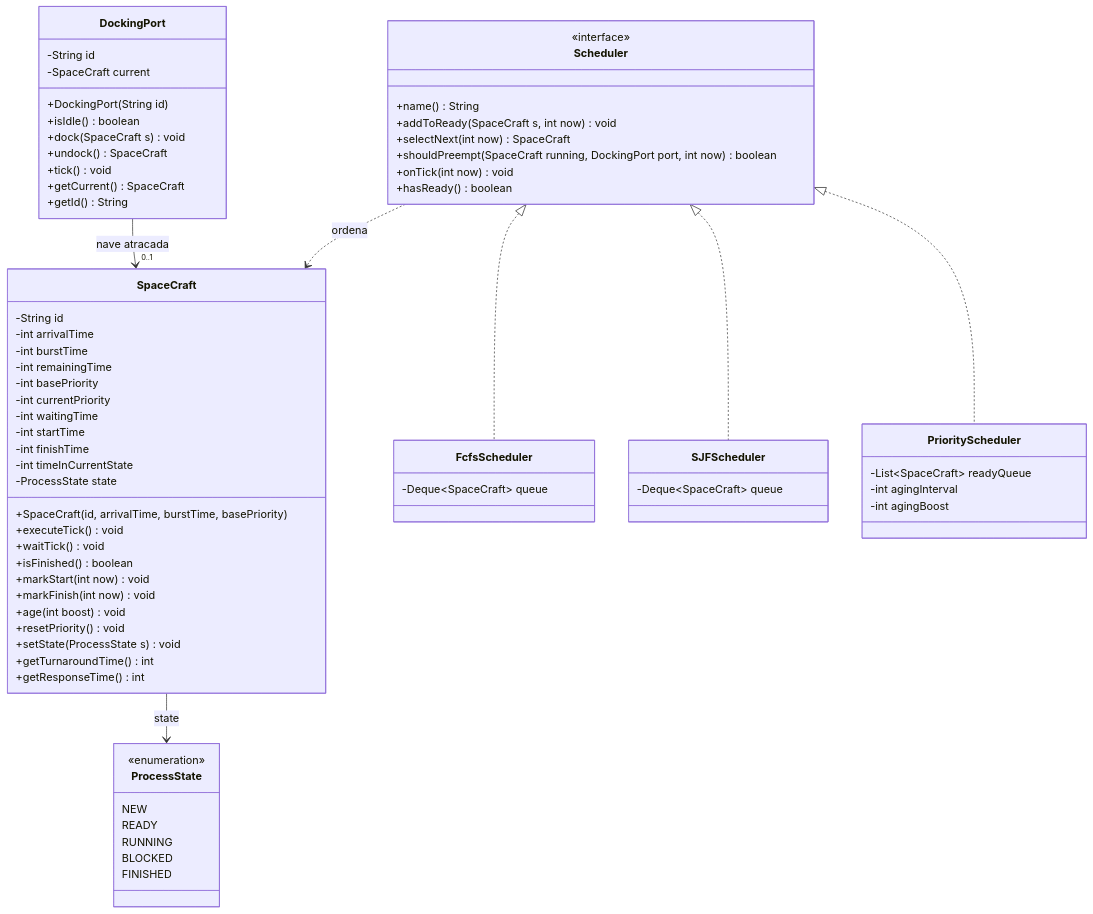
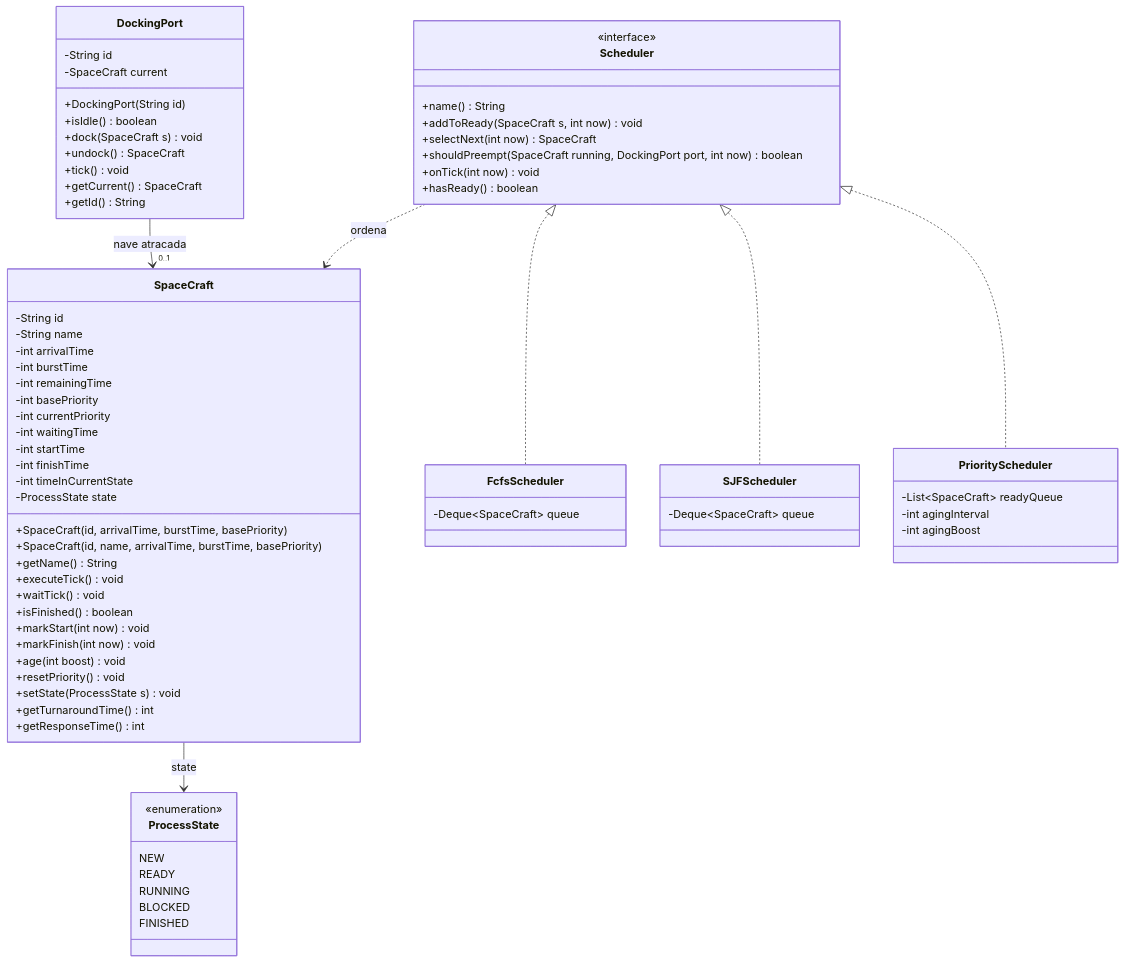
One commit to Felipe-Tagawa/Promethean changed the second of 6 diagrams in docs/uml/README.md. Above: the diagram before and after it, drawn with Mermaid. The commit also changed other lines of this file and 2 other files, not shown here.

```diff
--- a/docs/uml/README.md
+++ b/docs/uml/README.md
@@ -127,6 +128,7 @@
 
     class SpaceCraft {
         -String id
+        -String name
         -int arrivalTime
         -int burstTime
         -int remainingTime
@@ -138,6 +140,8 @@
         -int timeInCurrentState
         -ProcessState state
         +SpaceCraft(id, arrivalTime, burstTime, basePriority)
+        +SpaceCraft(id, name, arrivalTime, burstTime, basePriority)
+        +getName() String
         +executeTick() void
         +waitTick() void
         +isFinished() boolean
```
